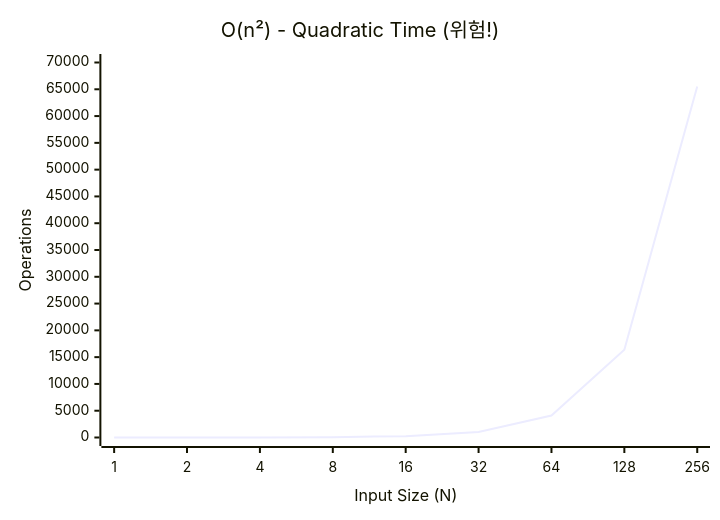
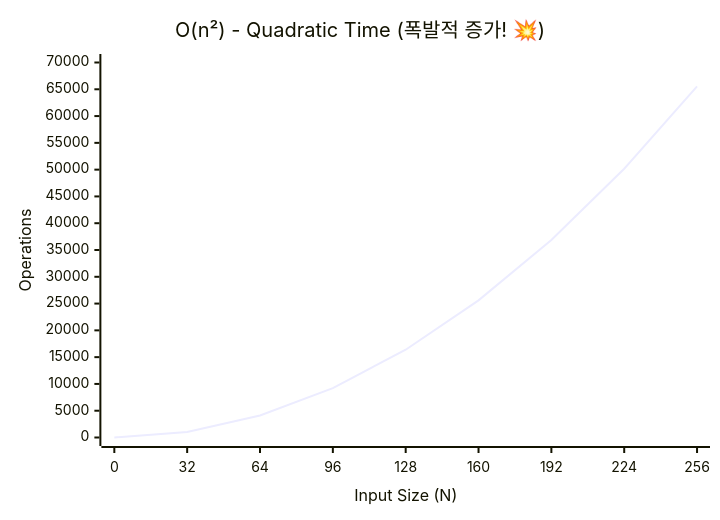
One commit to youngmin-gwon/what-i-studied changed the fifth of 6 diagrams in 01_inbox/algorithm/algo-complexity-and-big-o.md. Above: the diagram before and after it, drawn with Mermaid. The commit also changed other lines of this file, not shown here.

````diff
--- a/01_inbox/algorithm/algo-complexity-and-big-o.md
+++ b/01_inbox/algorithm/algo-complexity-and-big-o.md
@@ -108,7 +108,7 @@
 ```mermaid
 xychart-beta
-    title "O(n²) - Quadratic Time (위험!)"
-    x-axis "Input Size (N)" [1, 2, 4, 8, 16, 32, 64, 128, 256]
+    title "O(n²) - Quadratic Time (폭발적 증가! 💥)"
+    x-axis "Input Size (N)" [0, 32, 64, 96, 128, 160, 192, 224, 256]
     y-axis "Operations" 0 --> 70000
-    line "O(n²)" [1, 4, 16, 64, 256, 1024, 4096, 16384, 65536]
+    line "O(n²)" [0, 1024, 4096, 9216, 16384, 25600, 36864, 50176, 65536]
 ```
````
